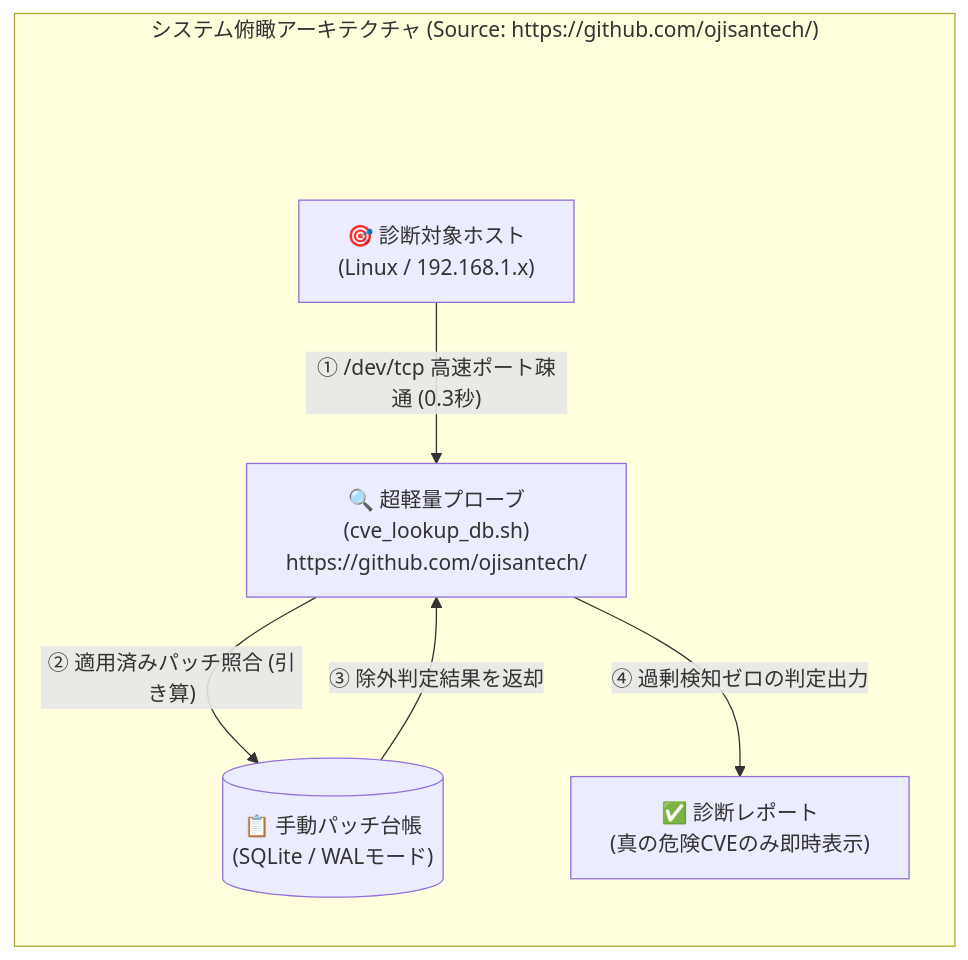
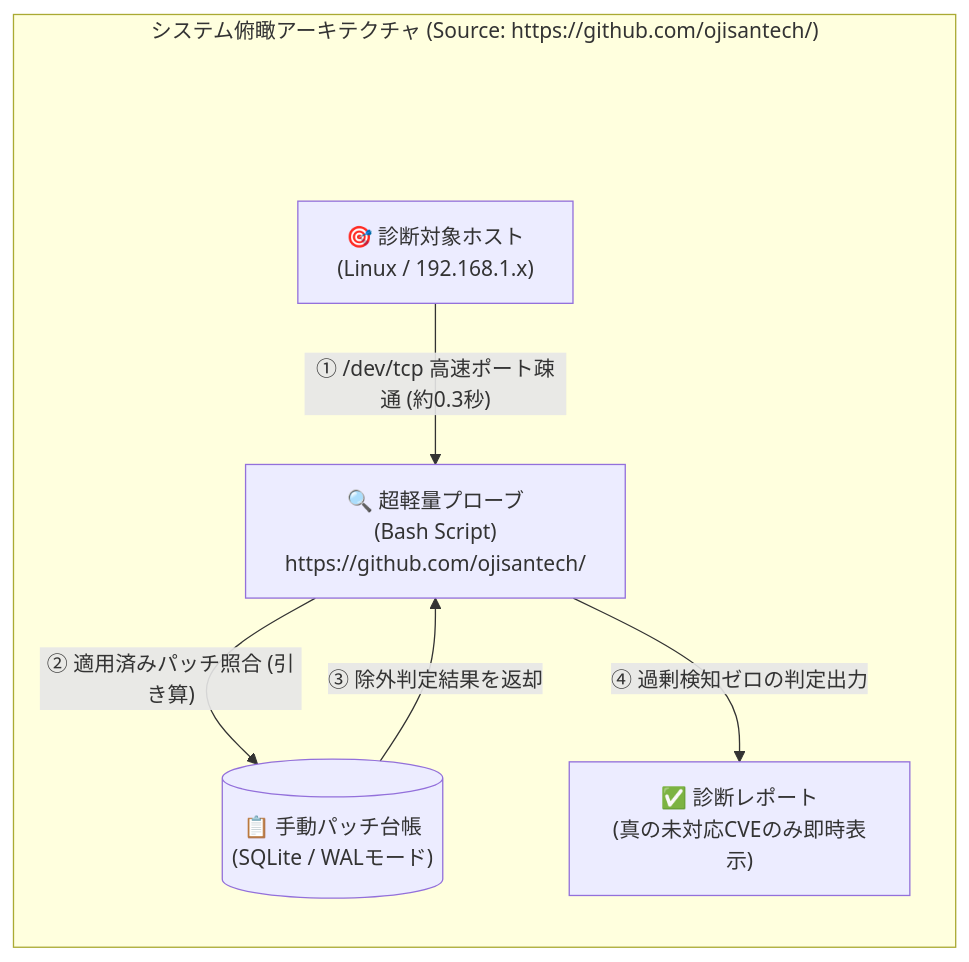
Before and after one commit to ojisantech/ojisan-arsenal: the second of 2 diagrams in QIITA_ARTICLE_DETAIL_1.md, drawn with Mermaid. The commit also changed other lines of this file and 6 other files, not shown here.

Commit message:
docs: enrich QIITA_ARTICLE_DETAIL_1..7 with full technical implementation, diagrams, and operational guides from original drafts

````diff
--- a/QIITA_ARTICLE_DETAIL_1.md
+++ b/QIITA_ARTICLE_DETAIL_1.md
@@ -43,15 +78,15 @@
 ```mermaid
 flowchart TD
     subgraph Arch ["システム俯瞰アーキテクチャ (Source: https://github.com/ojisantech/)"]
         direction TB
         spacer_arch[" "] ~~~ Target
         style spacer_arch fill:none,stroke:none;
         Target["🎯 診断対象ホスト<br/>(Linux / 192.168.1.x)"]
-        -->|"① /dev/tcp 高速ポート疎通 (0.3秒)"| Probe["🔍 超軽量プローブ<br/>(cve_lookup_db.sh)<br/>https://github.com/ojisantech/"]
+        -->|"① /dev/tcp 高速ポート疎通 (約0.3秒)"| Probe["🔍 超軽量プローブ<br/>(Bash Script)<br/>https://github.com/ojisantech/"]
 
         Probe -->|"② 適用済みパッチ照合 (引き算)"| DB[("📋 手動パッチ台帳<br/>(SQLite / WALモード)")]
         DB -->|"③ 除外判定結果を返却"| Probe
 
-        Probe -->|"④ 過剰検知ゼロの判定出力"| Report["✅ 診断レポート<br/>(真の危険CVEのみ即時表示)"]
+        Probe -->|"④ 過剰検知ゼロの判定出力"| Report["✅ 診断レポート<br/>(真の未対応CVEのみ即時表示)"]
     end
 ```
````
